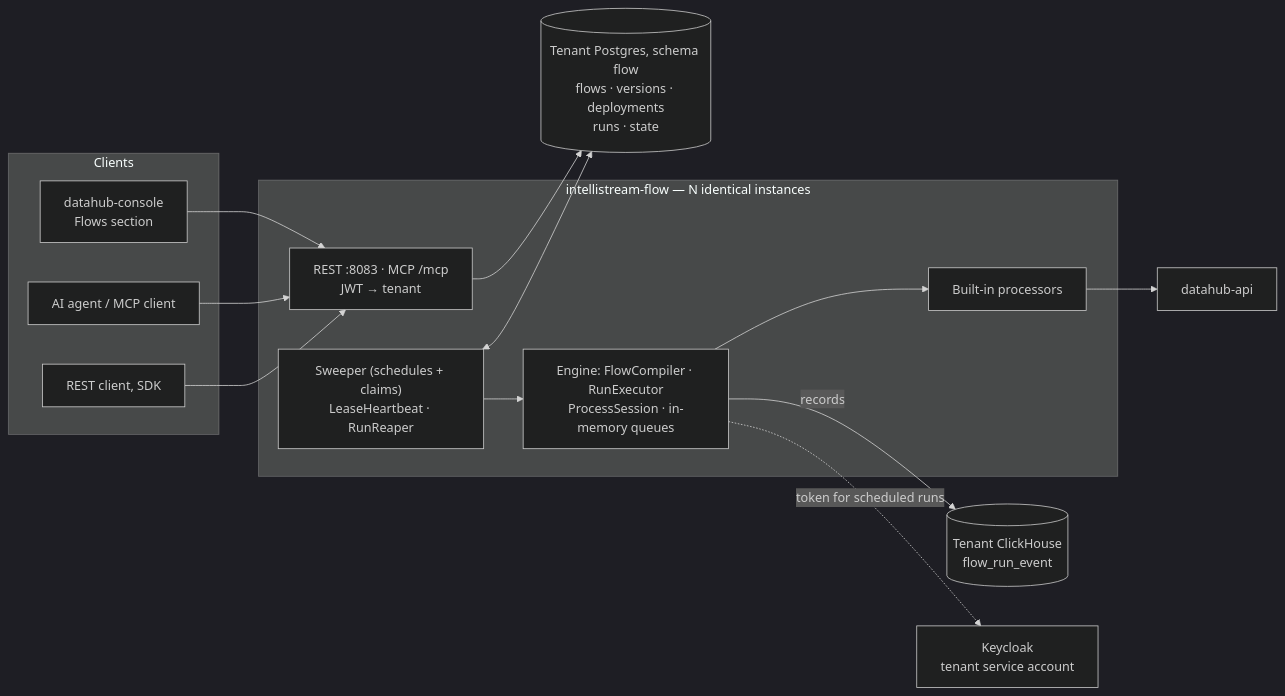
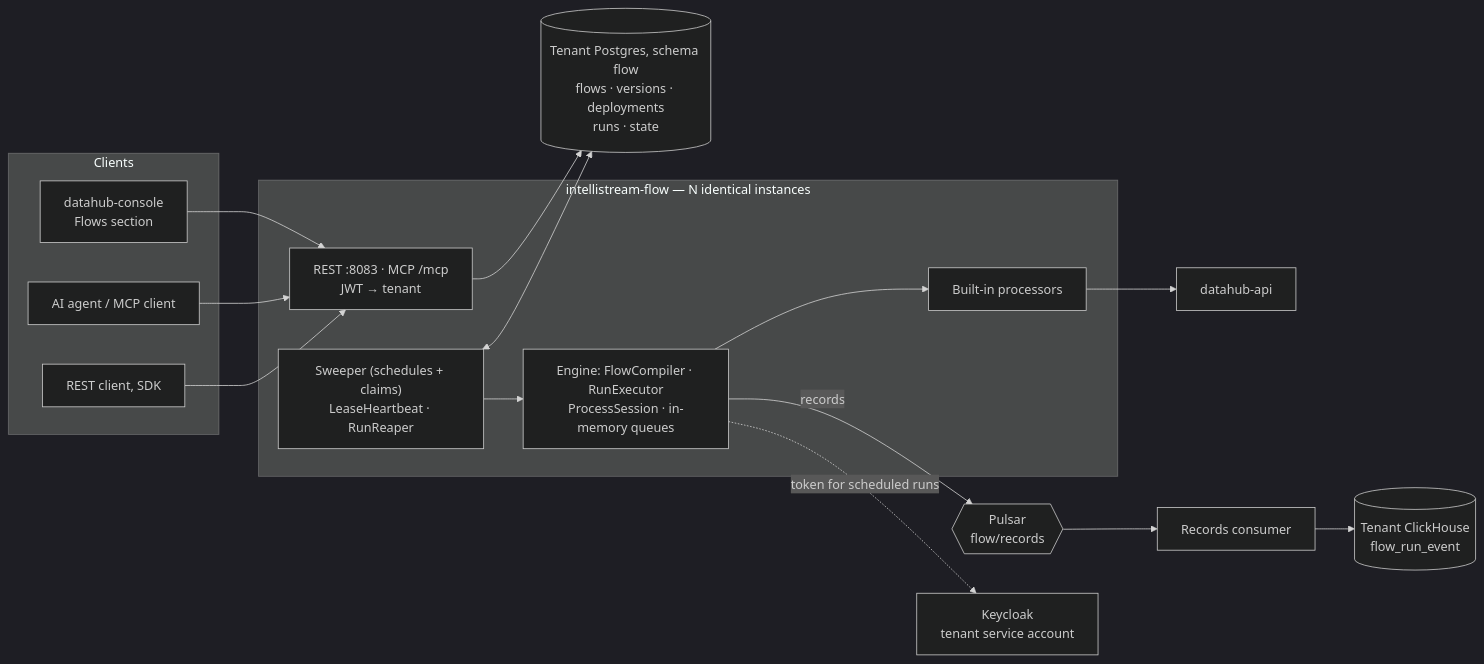
The diagram in INTELLISTREAM_FLOW_PLAN.md (IntelliStream-DataHub/datahub-platform), drawn with Mermaid (dark theme) before and after one commit. The commit also changed other lines of this file, not shown here.

First line of the commit message:
docs(flow-plan): records reach ClickHouse through Pulsar

````diff
--- a/INTELLISTREAM_FLOW_PLAN.md
+++ b/INTELLISTREAM_FLOW_PLAN.md
@@ -148,27 +149,28 @@
 ```mermaid
 flowchart LR
   subgraph CLIENTS["Clients"]
     Console["datahub-console<br/>Flows section"]
     Agent["AI agent / MCP client"]
     Ext["REST client, SDK"]
   end
   subgraph FLOW["intellistream-flow — N identical instances"]
     API["REST :8083 · MCP /mcp<br/>JWT → tenant"]
     DISP["Sweeper (schedules + claims)<br/>LeaseHeartbeat · RunReaper"]
     ENG["Engine: FlowCompiler · RunExecutor<br/>ProcessSession · in-memory queues"]
     PROC["Built-in processors"]
   end
   PG[("Tenant Postgres, schema flow<br/>flows · versions · deployments<br/>runs · state")]
   CH[("Tenant ClickHouse<br/>flow_run_event")]
   DH["datahub-api"]
   KC["Keycloak<br/>tenant service account"]
 
   Console --> API
   Agent --> API
   Ext --> API
   API --> PG
   DISP <--> PG
   DISP --> ENG --> PROC --> DH
-  ENG -- "records" --> CH
+  PUL{{"Pulsar<br/>flow/records"}}
+  ENG -- "records" --> PUL --> REC["Records consumer"] --> CH
   ENG -. "token for scheduled runs" .-> KC
 ```
````
